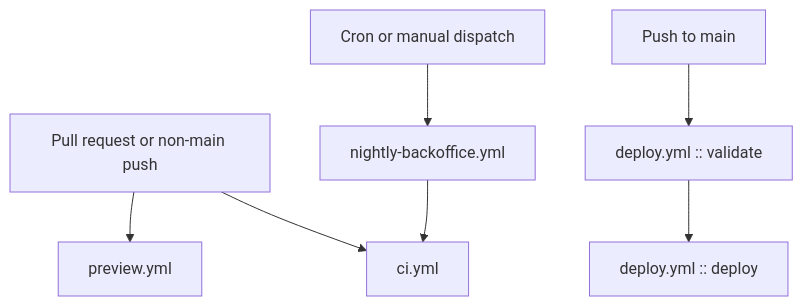
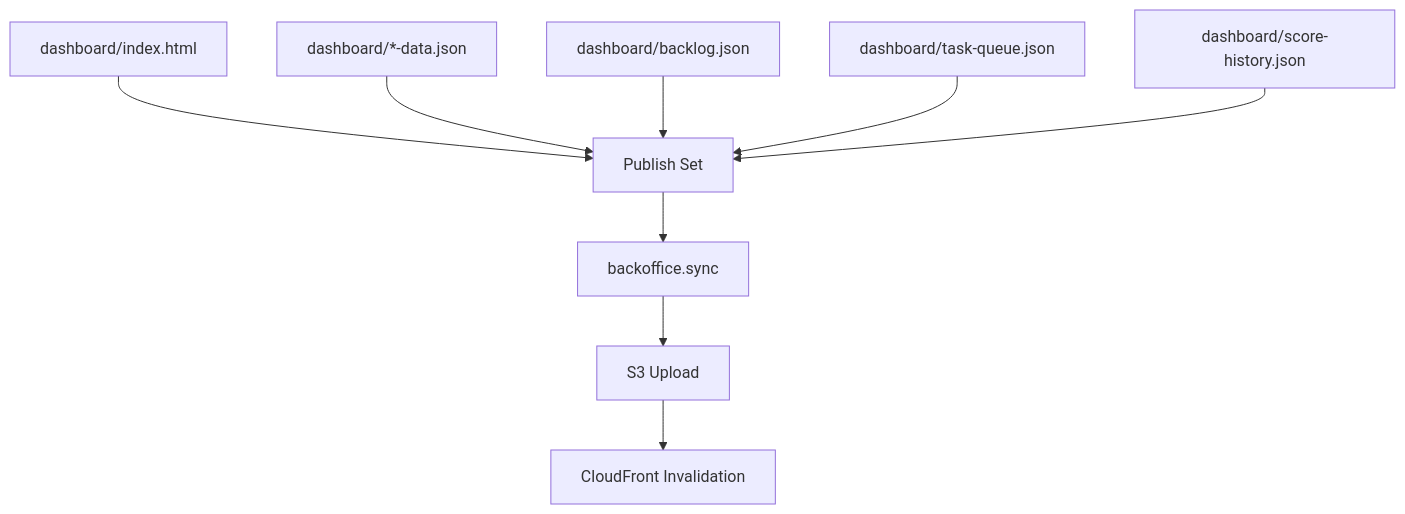
The third of 4 diagrams in docs/CICD-REFERENCE.md (CodyJo/qa-department), drawn with Mermaid before and after one commit. The commit also changed other lines of this file and 3 other files, not shown here.

Commit message:
docs: refresh approval workflow and architecture

````diff
--- a/docs/CICD-REFERENCE.md
+++ b/docs/CICD-REFERENCE.md
@@ -16,9 +109,11 @@
 ```mermaid
 flowchart TD
-    PR[Pull request or non-main push] --> CI[ci.yml]
-    PR --> PREVIEW[preview.yml]
-    MAIN[Push to main] --> VALIDATE[deploy.yml :: validate]
-    VALIDATE --> DEPLOY[deploy.yml :: deploy]
-    SCHEDULE[Cron or manual dispatch] --> NIGHTLY[nightly-backoffice.yml]
-    NIGHTLY --> CI
+    A[dashboard/index.html] --> P[Publish Set]
+    B[dashboard/*-data.json] --> P
+    C[dashboard/backlog.json] --> P
+    D[dashboard/task-queue.json] --> P
+    E[dashboard/score-history.json] --> P
+    P --> F[backoffice.sync]
+    F --> G[S3 Upload]
+    G --> H[CloudFront Invalidation]
 ```
````
